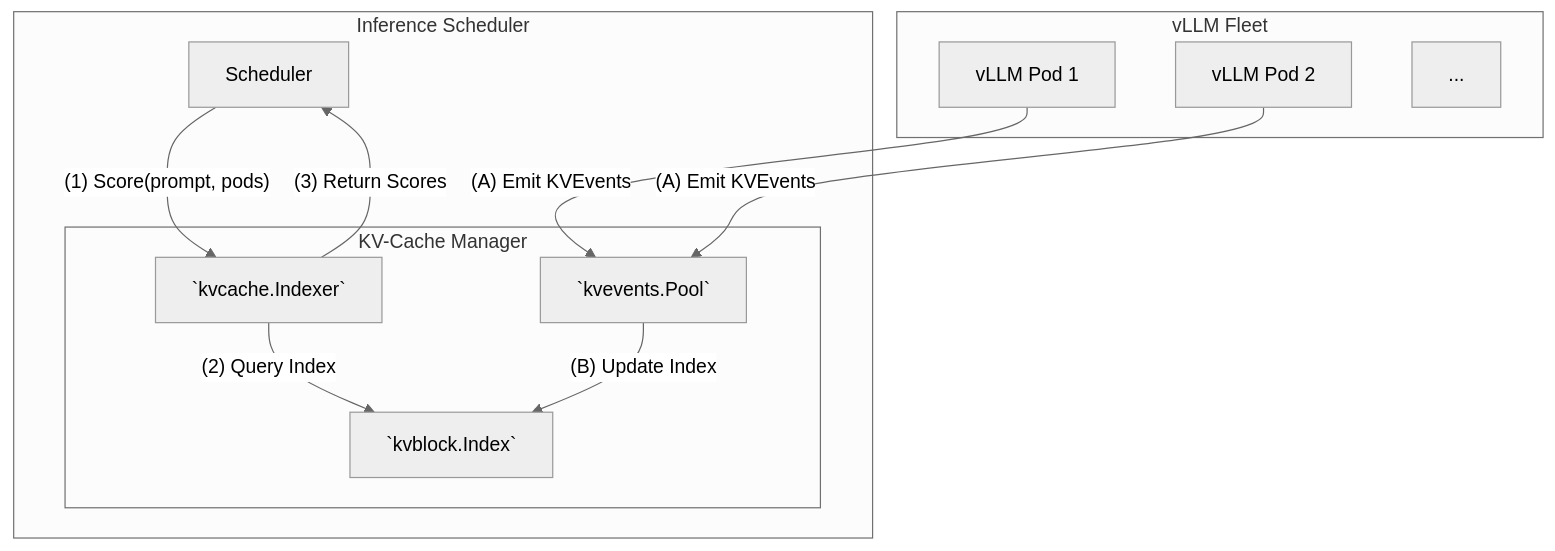
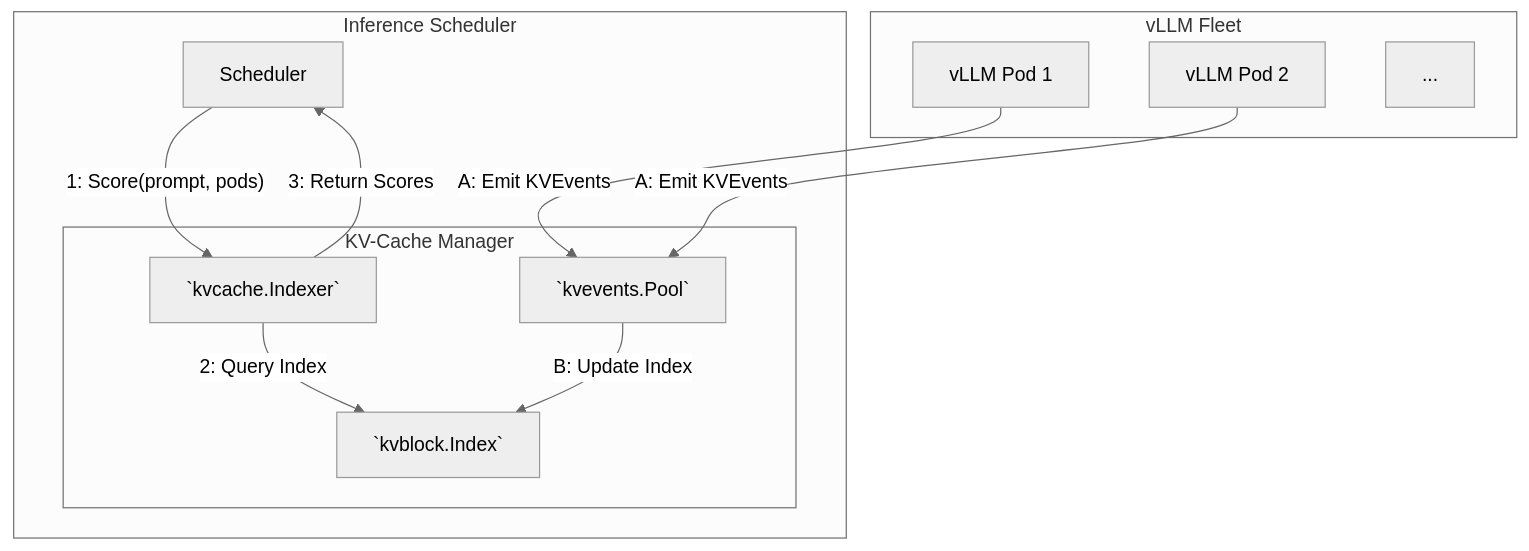
Before and after one commit to sagiahrac/llm-d-kv-cache-manager: the diagram in README.md, drawn with Mermaid (neutral theme). The commit also changed other lines of this file, not shown here.

Commit message:
Update README.md to enhance clarity of flowchart labels and descriptions (#157)

````diff
--- a/README.md
+++ b/README.md
@@ -32,26 +32,26 @@
 ```mermaid
 graph TD
     subgraph "Inference Scheduler"
         A[Scheduler]
 
         subgraph "KV-Cache Manager"
             B[`kvcache.Indexer`]
             C[`kvblock.Index`]
             D[`kvevents.Pool`]
         end
     end
 
     subgraph "vLLM Fleet"
         E[vLLM Pod 1]
         F[vLLM Pod 2]
         G[...]
     end
 
-    A--"(1) Score(prompt, pods)"-->B
-    B--"(2) Query Index"-->C
-    B--"(3) Return Scores"-->A
+    A--"1: Score(prompt, pods)"-->B
+    B--"2: Query Index"-->C
+    B--"3: Return Scores"-->A
     
-    E--"(A) Emit KVEvents"-->D
-    F--"(A) Emit KVEvents"-->D
-    D--"(B) Update Index"-->C
+    E--"A: Emit KVEvents"-->D
+    F--"A: Emit KVEvents"-->D
+    D--"B: Update Index"-->C
 ```
````
